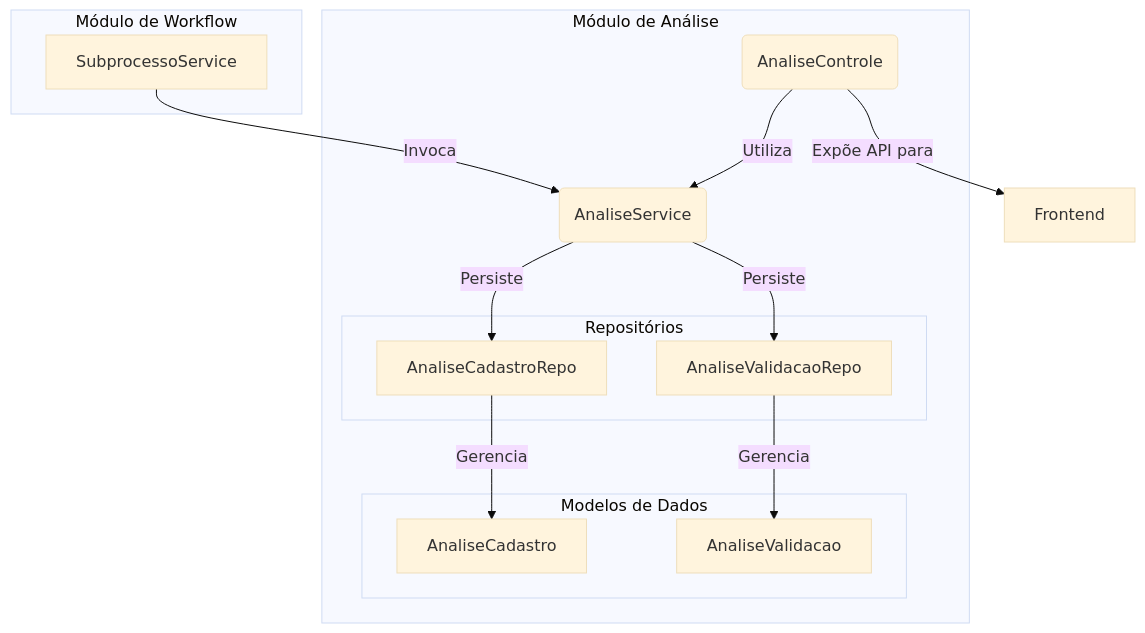
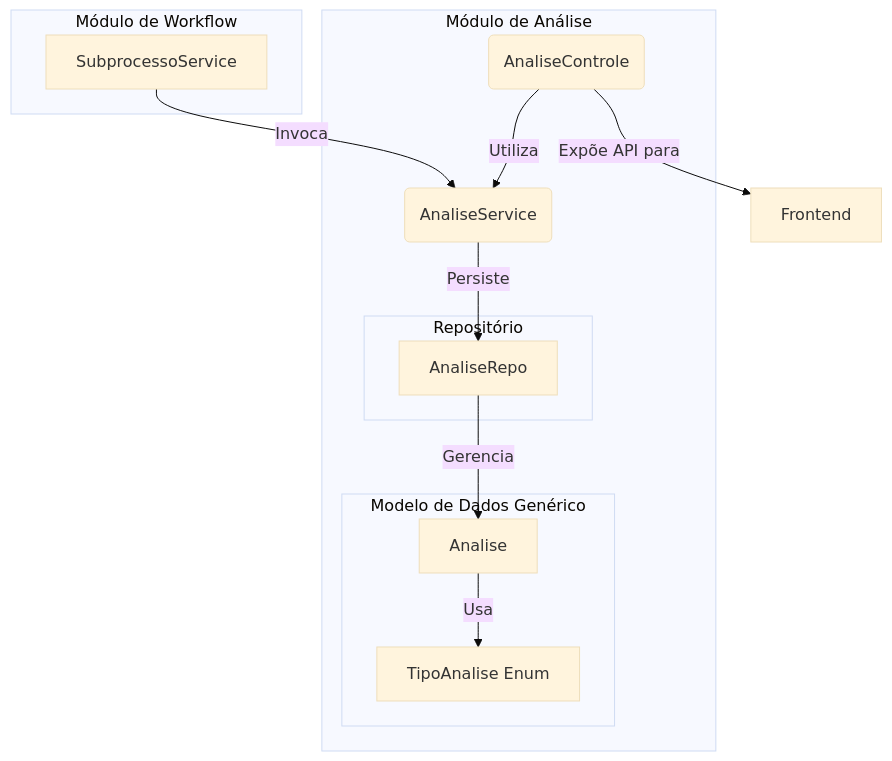
One commit to lgalvao/sgc changed the diagram in backend/src/main/java/sgc/analise/README.md. Above: the diagram before and after it, drawn with Mermaid (base theme). The commit also changed other lines of this file and 9 other files, not shown here.

````diff
--- a/backend/src/main/java/sgc/analise/README.md
+++ b/backend/src/main/java/sgc/analise/README.md
@@ -14,28 +11,27 @@
 ```mermaid
 graph TD
     subgraph "Módulo de Workflow"
         SP[SubprocessoService]
     end
 
     subgraph "Módulo de Análise"
         Service(AnaliseService)
         Controle(AnaliseControle)
-        subgraph "Modelos de Dados"
-            AC[AnaliseCadastro]
-            AV[AnaliseValidacao]
+        subgraph "Modelo de Dados Genérico"
+            Analise[Analise]
+            TipoAnalise[TipoAnalise Enum]
         end
-        subgraph "Repositórios"
-            ACRepo[AnaliseCadastroRepo]
-            AVRepo[AnaliseValidacaoRepo]
+        subgraph "Repositório"
+            AnaliseRepo
         end
     end
 
     SP -- Invoca --> Service
 
     Controle -- Expõe API para --> Frontend
     Controle -- Utiliza --> Service
 
-    Service -- Persiste --> ACRepo & AVRepo
-    ACRepo -- Gerencia --> AC
-    AVRepo -- Gerencia --> AV
+    Service -- Persiste --> AnaliseRepo
+    AnaliseRepo -- Gerencia --> Analise
+    Analise -- Usa --> TipoAnalise
 ```
````
